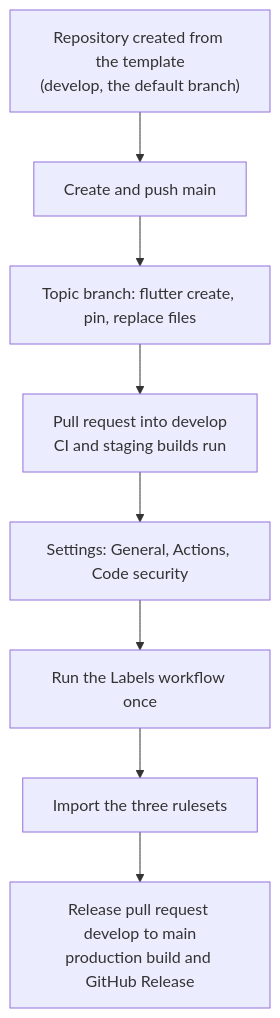
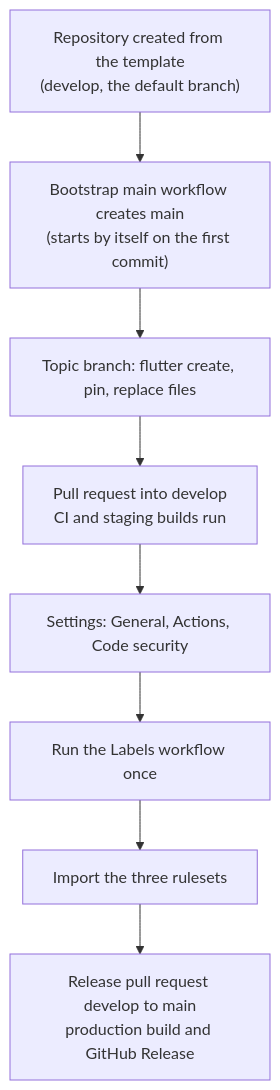
One commit to alihaidar0/flutter-template changed the fourth of 12 diagrams in README.md. Above: the diagram before and after it, drawn with Mermaid. The commit also changed other lines of this file and 3 other files, not shown here.

First line of the commit message:
ci: create main from develop automatically in new projects

````diff
--- a/README.md
+++ b/README.md
@@ -248,10 +254,10 @@
 ```mermaid
 flowchart TD
-    B1["Repository created from the template<br/>(develop, the default branch)"] --> B2["Create and push main"]
+    B1["Repository created from the template<br/>(develop, the default branch)"] --> B2["Bootstrap main workflow creates main<br/>(starts by itself on the first commit)"]
     B2 --> B3["Topic branch: flutter create, pin, replace files"]
     B3 --> B4["Pull request into develop<br/>CI and staging builds run"]
     B4 --> B5["Settings: General, Actions, Code security"]
     B5 --> B6["Run the Labels workflow once"]
     B6 --> B7["Import the three rulesets"]
     B7 --> B8["Release pull request develop to main<br/>production build and GitHub Release"]
 ```
````
